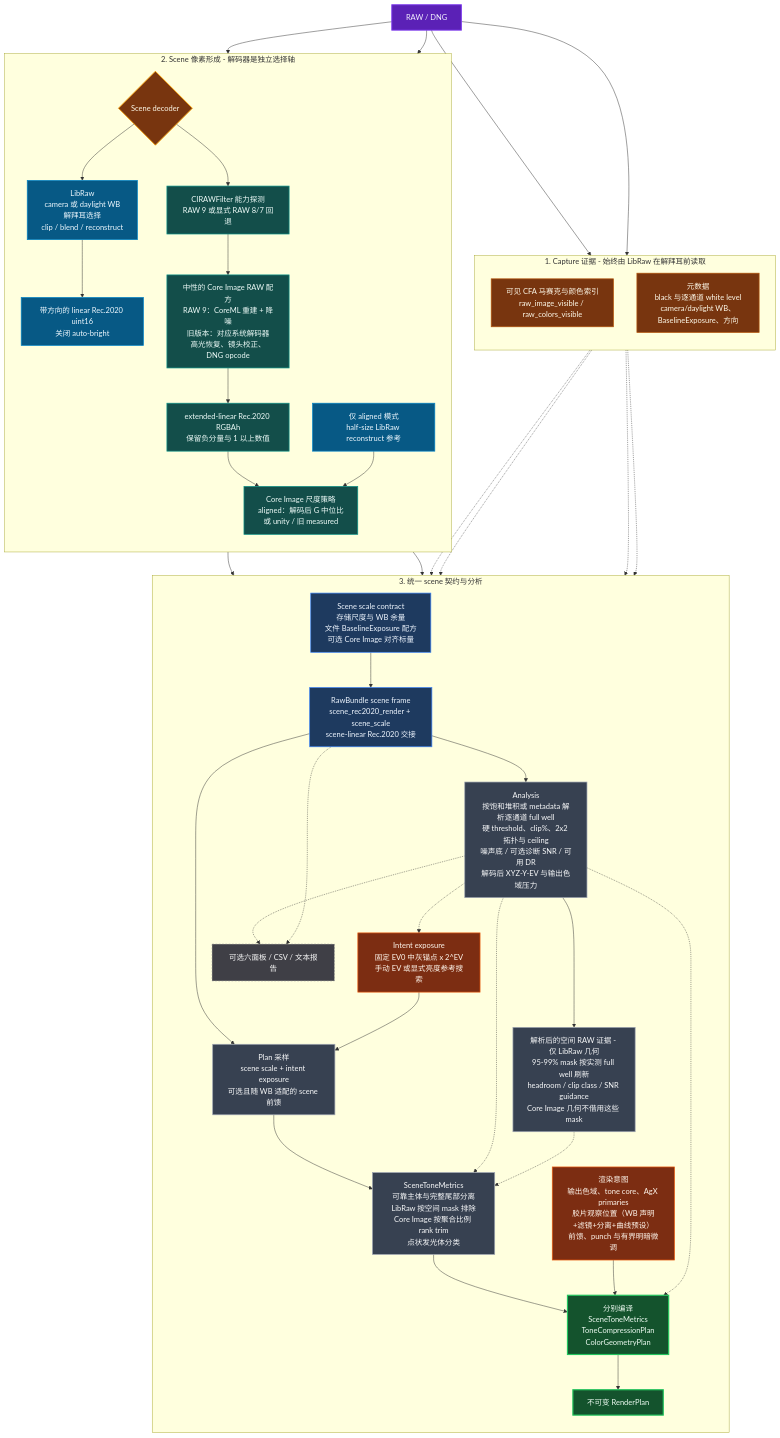
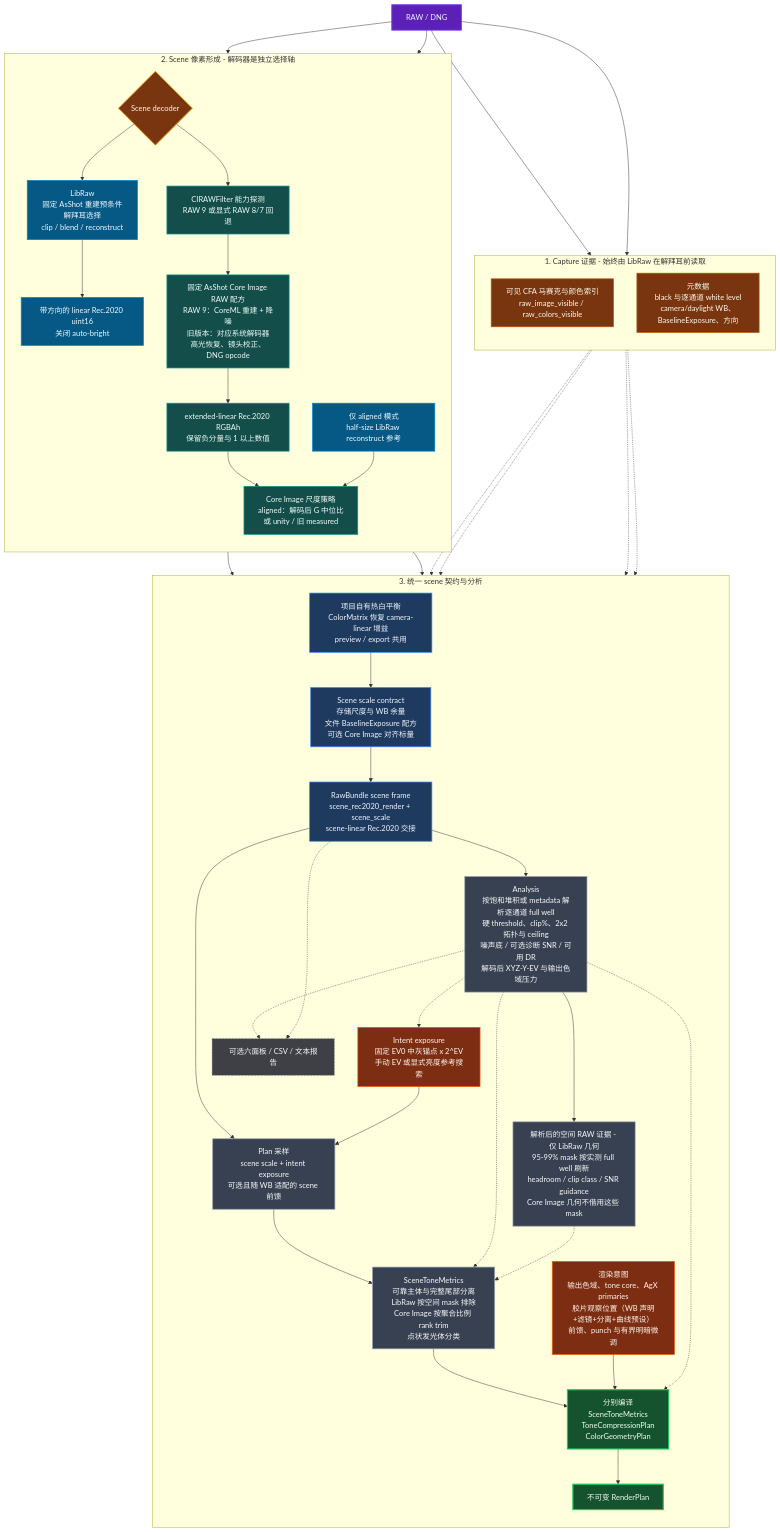
Before and after one commit to deadwood1998/dngscan: the first of 3 diagrams in docs/ARCHITECTURE.zh-CN.md, drawn with Mermaid. The commit also changed 12 other files, not shown here.

```diff
--- a/docs/ARCHITECTURE.zh-CN.md
+++ b/docs/ARCHITECTURE.zh-CN.md
@@ -93,10 +93,10 @@
     subgraph DECODERS["2. Scene 像素形成 - 解码器是独立选择轴"]
         direction TB
         SELECT{"Scene decoder"}
-        LR["LibRaw<br/>camera 或 daylight WB<br/>解拜耳选择<br/>clip / blend / reconstruct"]
+        LR["LibRaw<br/>固定 AsShot 重建预条件<br/>解拜耳选择<br/>clip / blend / reconstruct"]
         LRRGB["带方向的 linear Rec.2020 uint16<br/>关闭 auto-bright"]
         CIPROBE["CIRAWFilter 能力探测<br/>RAW 9 或显式 RAW 8/7 回退"]
-        CI["中性的 Core Image RAW 配方<br/>RAW 9：CoreML 重建 + 降噪<br/>旧版本：对应系统解码器<br/>高光恢复、镜头校正、DNG opcode"]
+        CI["固定 AsShot Core Image RAW 配方<br/>RAW 9：CoreML 重建 + 降噪<br/>旧版本：对应系统解码器<br/>高光恢复、镜头校正、DNG opcode"]
         CIRGB["extended-linear Rec.2020 RGBAh<br/>保留负分量与 1 以上数值"]
         LRREF["仅 aligned 模式<br/>half-size LibRaw reconstruct 参考"]
         ALIGN["Core Image 尺度策略<br/>aligned：解码后 G 中位比<br/>或 unity / 旧 measured"]
@@ -107,6 +107,7 @@
 
     subgraph CONTRACT["3. 统一 scene 契约与分析"]
         direction TB
+        HOTWB["项目自有热白平衡<br/>ColorMatrix 恢复 camera-linear 增益<br/>preview / export 共用"]
         SCALE["Scene scale contract<br/>存储尺度与 WB 余量<br/>文件 BaselineExposure 配方<br/>可选 Core Image 对齐标量"]
         SCENE["RawBundle scene frame<br/>scene_rec2020_render + scene_scale<br/>scene-linear Rec.2020 交接"]
         ANALYSIS["Analysis<br/>按饱和堆积或 metadata 解析逐通道 full well<br/>硬 threshold、clip%、2x2 拓扑与 ceiling<br/>噪声底 / 可选诊断 SNR / 可用 DR<br/>解码后 XYZ-Y-EV 与输出色域压力"]
@@ -119,7 +120,7 @@
         PLAN["不可变 RenderPlan"]
         REPORTS["可选六面板 / CSV / 文本报告"]
 
-        SCALE --> SCENE
+        HOTWB --> SCALE --> SCENE
         SCENE --> ANALYSIS
         ANALYSIS --> SPATIAL
         SCENE --> SAMPLE
@@ -139,8 +140,8 @@
     RAW --> META
     RAW --> SELECT
     RAW --> LRREF
-    LRRGB --> SCALE
-    ALIGN --> SCALE
+    LRRGB --> HOTWB
+    ALIGN --> HOTWB
     CFA -.-> ANALYSIS
     META -.-> ANALYSIS
     CFA -.-> SPATIAL
@@ -163,7 +164,7 @@
     class CFA,META evidence
     class LR,LRRGB,LRREF libraw
     class CIPROBE,CI,CIRGB,ALIGN apple
-    class SCALE,SCENE pixels
+    class HOTWB,SCALE,SCENE pixels
     class ANALYSIS,SPATIAL,METRICS,SAMPLE contract
     class EV,CONTROLS intent
     class COMPILE,PLAN plan
```
